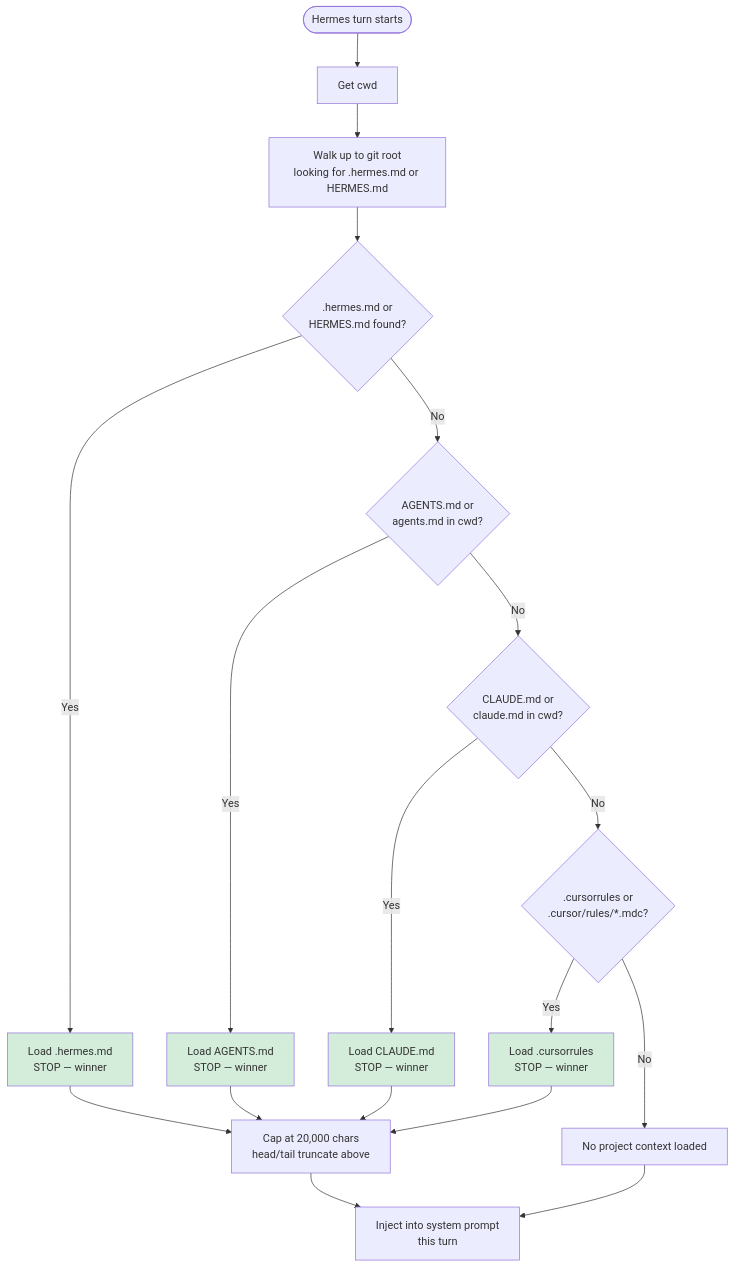
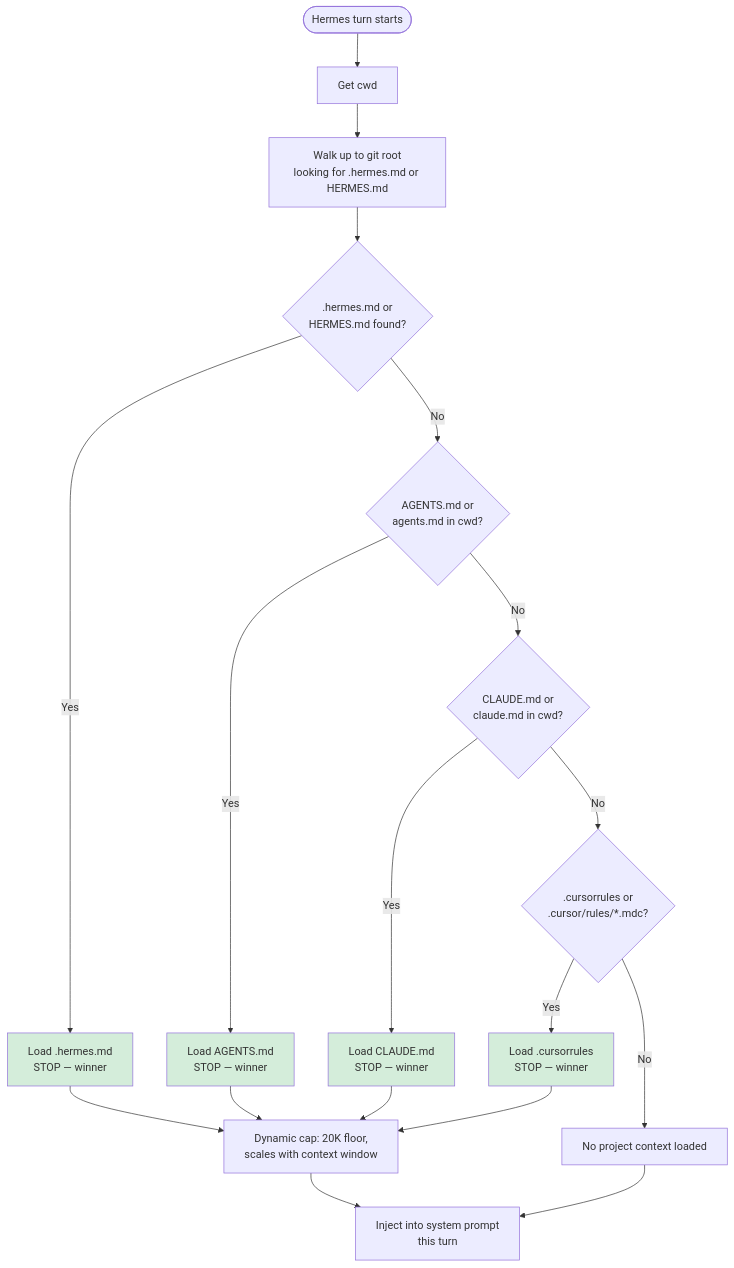
One commit to ChronodeAi/aiwg changed the diagram in docs/agents/providers/hermes.md. Above: the diagram before and after it, drawn with Mermaid. The commit also changed other lines of this file and 1 other file, not shown here.

````diff
--- a/docs/agents/providers/hermes.md
+++ b/docs/agents/providers/hermes.md
@@ -238,26 +238,26 @@
 ```mermaid
 flowchart TB
   TURN([Hermes turn starts])
   TURN --> CWD[Get cwd]
   CWD --> WALK[Walk up to git root<br/>looking for .hermes.md or HERMES.md]
 
   WALK --> H{".hermes.md or<br/>HERMES.md found?"}
   H -->|Yes| HLOAD[Load .hermes.md<br/>STOP — winner]
   H -->|No| A{"AGENTS.md or<br/>agents.md in cwd?"}
   A -->|Yes| ALOAD[Load AGENTS.md<br/>STOP — winner]
   A -->|No| C{"CLAUDE.md or<br/>claude.md in cwd?"}
   C -->|Yes| CLOAD[Load CLAUDE.md<br/>STOP — winner]
   C -->|No| R{".cursorrules or<br/>.cursor/rules/*.mdc?"}
   R -->|Yes| RLOAD[Load .cursorrules<br/>STOP — winner]
   R -->|No| NONE[No project context loaded]
 
-  HLOAD --> CAP[Cap at 20,000 chars<br/>head/tail truncate above]
+  HLOAD --> CAP[Dynamic cap: 20K floor,<br/>scales with context window]
   ALOAD --> CAP
   CLOAD --> CAP
   RLOAD --> CAP
   CAP --> PROMPT[Inject into system prompt<br/>this turn]
   NONE --> PROMPT
 
   classDef winner fill:#d4edda
   class HLOAD,ALOAD,CLOAD,RLOAD winner
 ```
````
